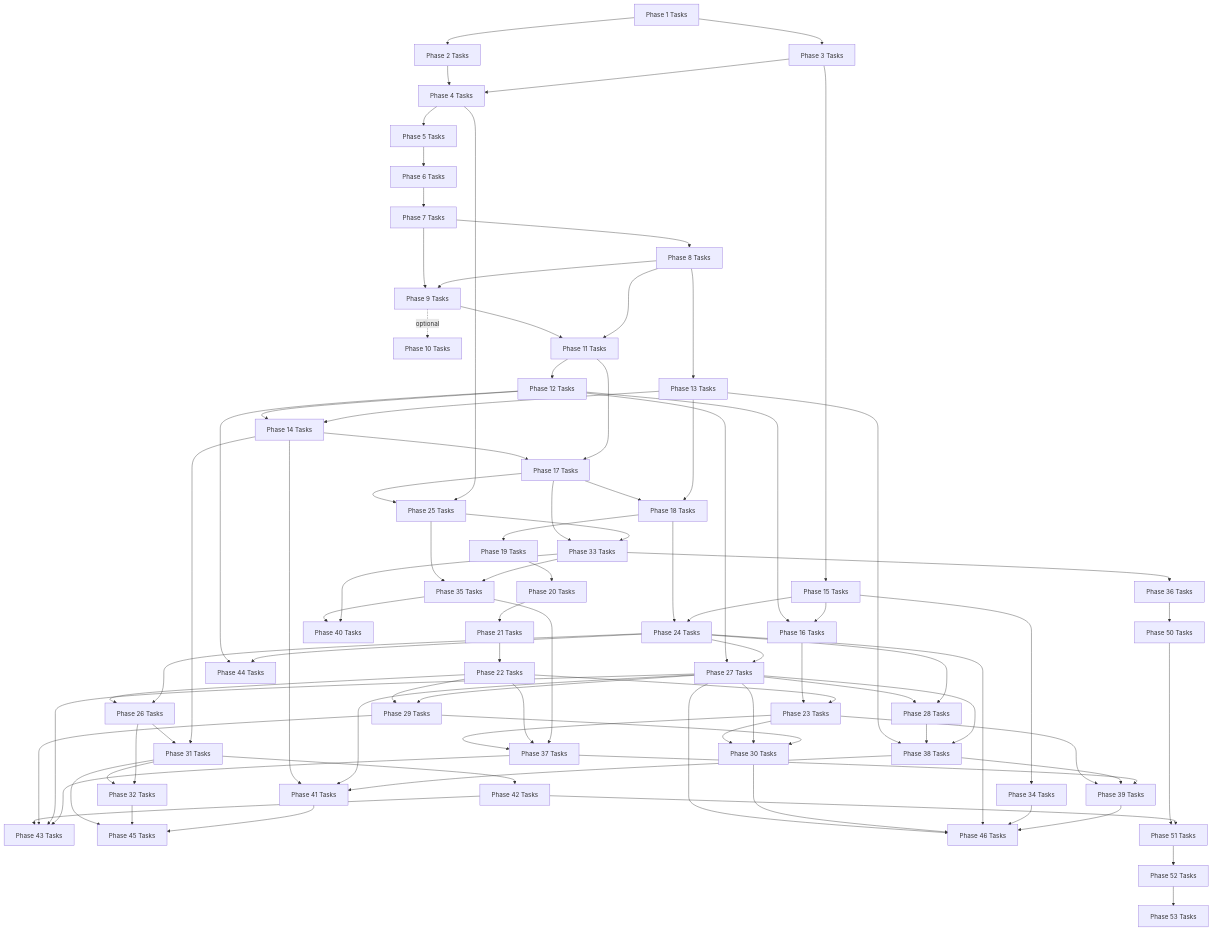
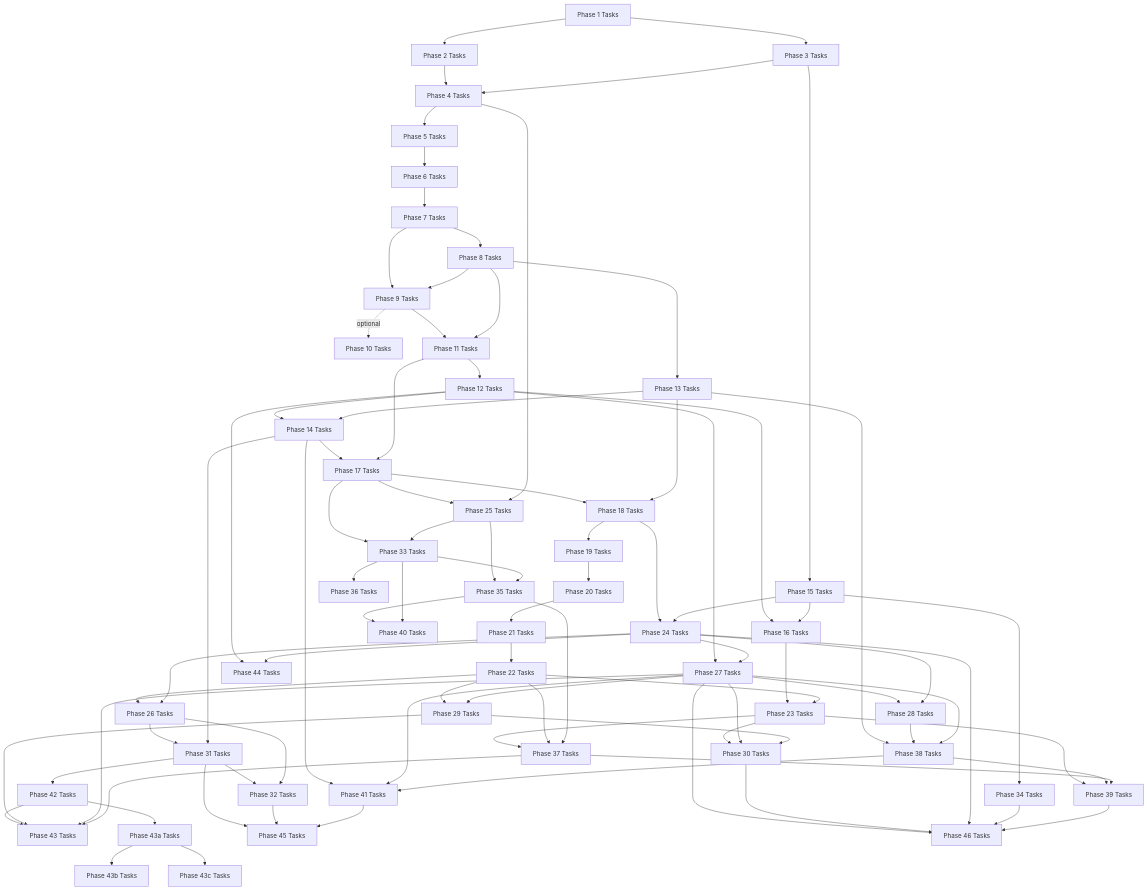
One commit to mikecubed/m3OS changed the diagram in docs/roadmap/tasks/README.md. Above: the diagram before and after it, drawn with Mermaid. The commit also changed other lines of this file and 38 other files, not shown here.

First line of the commit message:
docs: rewrite post-46 official roadmap

````diff
--- a/docs/roadmap/tasks/README.md
+++ b/docs/roadmap/tasks/README.md
@@ -114,6 +114,9 @@
     P29 --> P43
     P27 --> P43
     P37 --> P43
+    P42 --> P43a["Phase 43a Tasks"]
+    P43a --> P43b["Phase 43b Tasks"]
+    P43a --> P43c["Phase 43c Tasks"]
     P12 --> P44["Phase 44 Tasks"]
     P24 --> P44
     P31 --> P45["Phase 45 Tasks"]
@@ -124,11 +127,4 @@
     P24 --> P46
     P34 --> P46
     P39 --> P46
-
-    %% Cross-compiled runtimes
-    P36 --> P50["Phase 50 Tasks"]
-    P50 --> P51["Phase 51 Tasks"]
-    P42 --> P51
-    P51 --> P52["Phase 52 Tasks"]
-    P52 --> P53["Phase 53 Tasks"]
 ```
````
